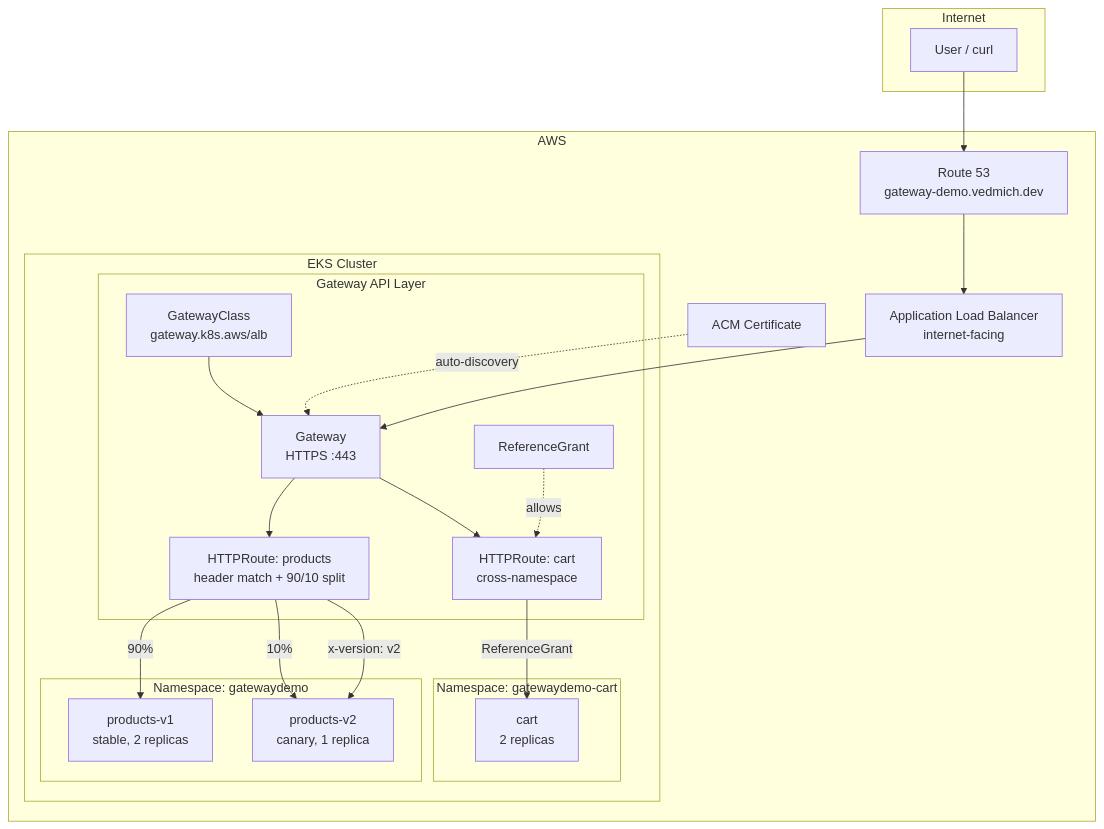
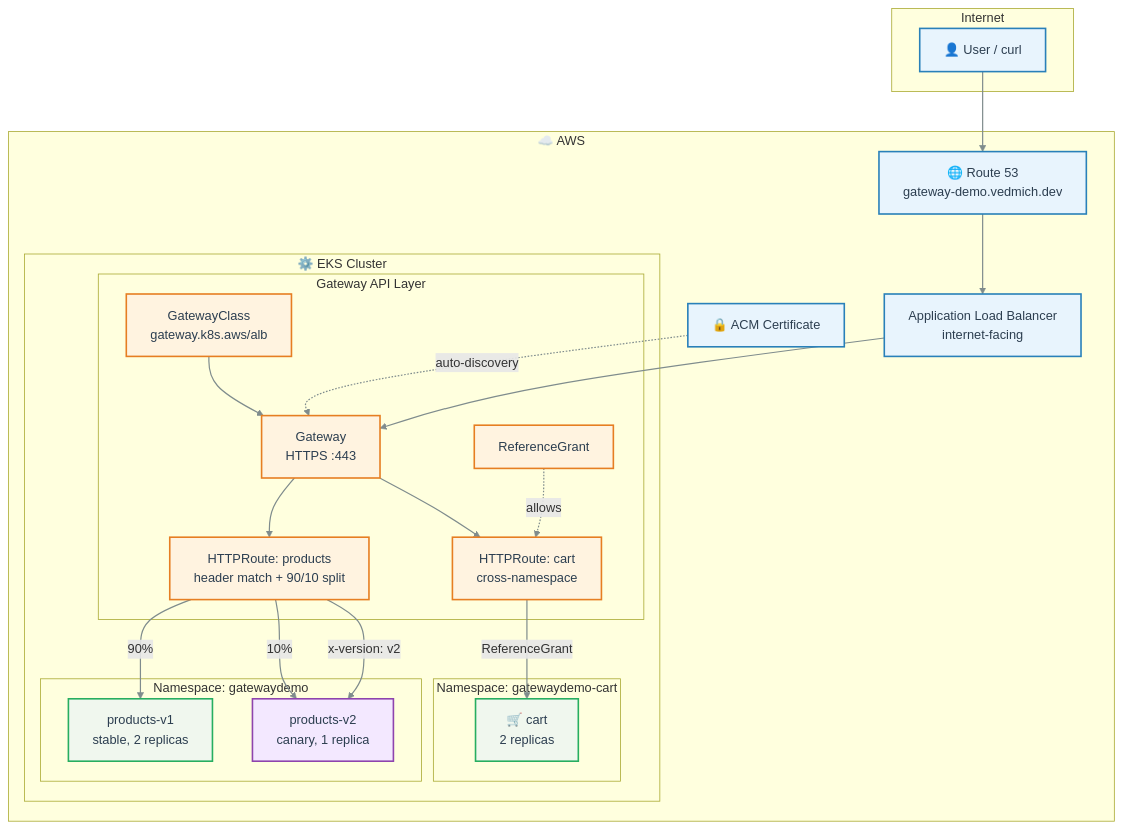
Before and after one commit to DKT-AI/gateway-api-migration-demo: the first of 5 diagrams in docs/labs/README.md, drawn with Mermaid. The commit also changed other lines of this file and 4 other files, not shown here.

First line of the commit message:
Style all mermaid diagrams with ocean palette for GitHub

````diff
--- a/docs/labs/README.md
+++ b/docs/labs/README.md
@@ -7,45 +7,59 @@
 ```mermaid
-graph TB
+flowchart TB
     subgraph Internet
-        User[User / curl]
+        User["👤 User / curl"]
     end
 
-    subgraph AWS
-        R53[Route 53<br/>gateway-demo.vedmich.dev]
-        ACM[ACM Certificate]
+    subgraph AWS["☁️ AWS"]
+        R53["🌐 Route 53<br/>gateway-demo.vedmich.dev"]
+        ACM["🔒 ACM Certificate"]
 
-        subgraph EKS Cluster
-            subgraph "Gateway API Layer"
-                GC[GatewayClass<br/>gateway.k8s.aws/alb]
-                GW[Gateway<br/>HTTPS :443]
-                HR1[HTTPRoute: products<br/>header match + 90/10 split]
-                HR2[HTTPRoute: cart<br/>cross-namespace]
-                RG[ReferenceGrant]
+        subgraph EKS["⚙️ EKS Cluster"]
+            subgraph GatewayLayer["Gateway API Layer"]
+                GC["GatewayClass<br/>gateway.k8s.aws/alb"]
+                GW["Gateway<br/>HTTPS :443"]
+                HR1["HTTPRoute: products<br/>header match + 90/10 split"]
+                HR2["HTTPRoute: cart<br/>cross-namespace"]
+                RG["ReferenceGrant"]
             end
 
-            subgraph "Namespace: gatewaydemo"
-                V1[products-v1<br/>stable, 2 replicas]
-                V2[products-v2<br/>canary, 1 replica]
+            subgraph NSMain["Namespace: gatewaydemo"]
+                V1["products-v1<br/>stable, 2 replicas"]
+                V2["products-v2<br/>canary, 1 replica"]
             end
 
-            subgraph "Namespace: gatewaydemo-cart"
-                Cart[cart<br/>2 replicas]
+            subgraph NSCart["Namespace: gatewaydemo-cart"]
+                Cart["🛒 cart<br/>2 replicas"]
             end
         end
 
-        ALB[Application Load Balancer<br/>internet-facing]
+        ALB["Application Load Balancer<br/>internet-facing"]
     end
 
     User --> R53
     R53 --> ALB
     ALB --> GW
     ACM -.->|auto-discovery| GW
     GC --> GW
     GW --> HR1
     GW --> HR2
-    HR1 -->|90%| V1
-    HR1 -->|10%| V2
-    HR1 -->|x-version: v2| V2
-    HR2 -->|ReferenceGrant| Cart
+    HR1 -->|"90%"| V1
+    HR1 -->|"10%"| V2
+    HR1 -->|"x-version: v2"| V2
+    HR2 -->|"ReferenceGrant"| Cart
     RG -.->|allows| HR2
+
+    classDef primary fill:#E8F4FD,stroke:#2980B9,stroke-width:2px,color:#2C3E50
+    classDef secondary fill:#F0F7EE,stroke:#27AE60,stroke-width:2px,color:#2C3E50
+    classDef accent fill:#FFF3E0,stroke:#E67E22,stroke-width:2px,color:#2C3E50
+    classDef tertiary fill:#F3E8FF,stroke:#8E44AD,stroke-width:2px,color:#2C3E50
+    classDef neutral fill:#FFFFFF,stroke:#7F8C8D,stroke-width:1px,color:#2C3E50
+    linkStyle default stroke:#7F8C8D,stroke-width:1.5px
+
+    class User,R53,ALB primary
+    class GC,GW,HR1,HR2,RG accent
+    class V1 secondary
+    class V2 tertiary
+    class Cart secondary
+    class ACM primary
 ```
````
